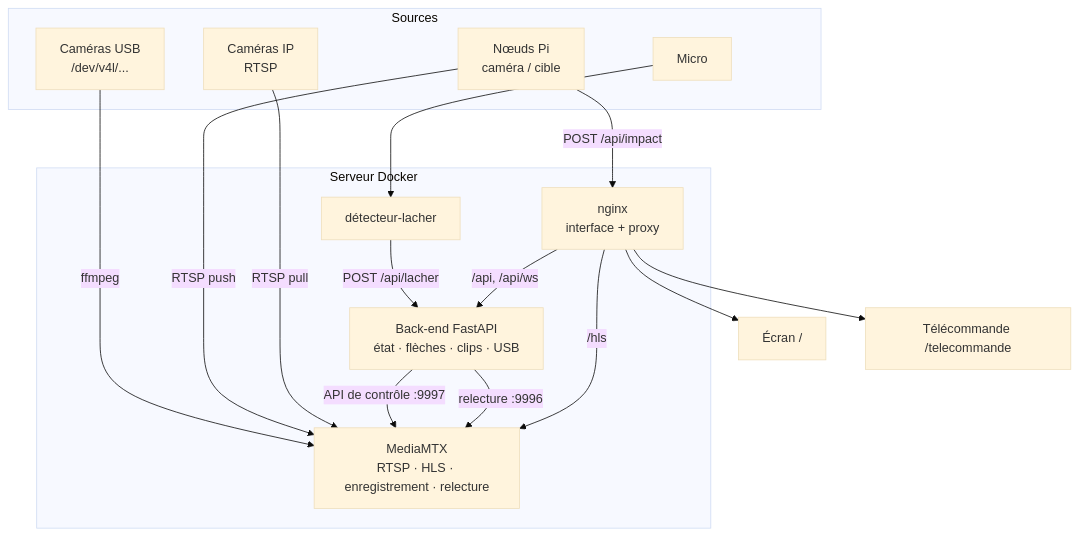
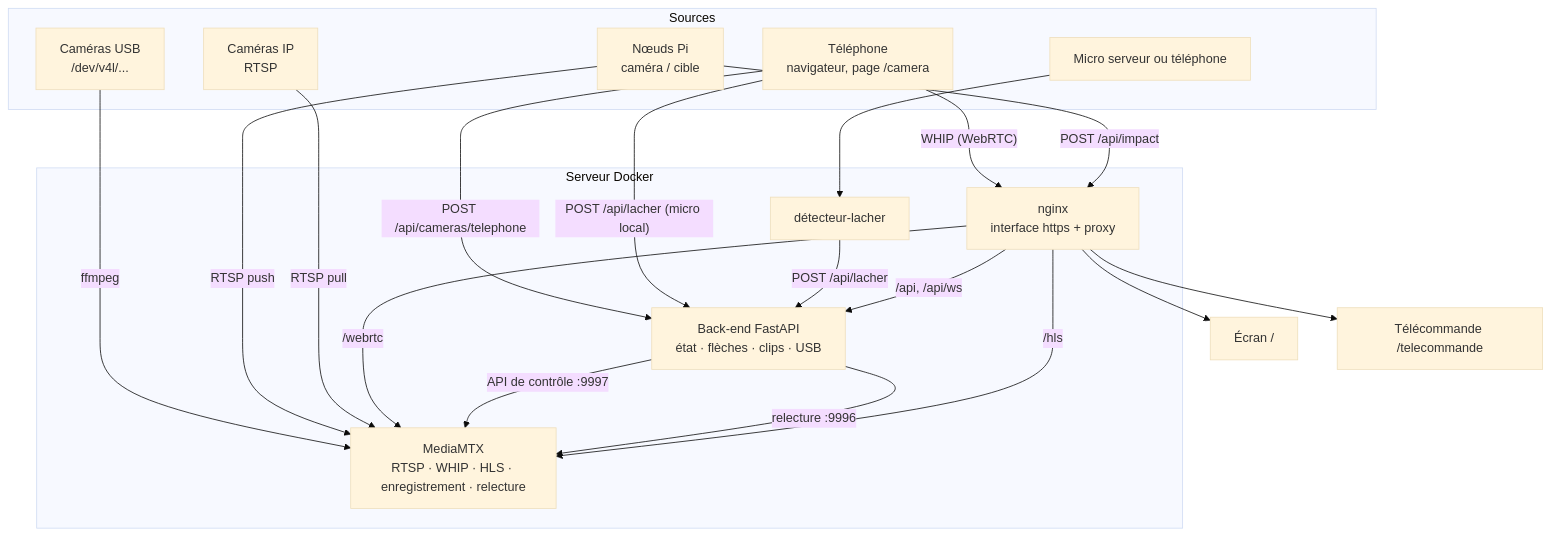
One commit to BathMann-Pilax/Arc-Replay changed the first of 2 diagrams in docs/architecture.md. Above: the diagram before and after it, drawn with Mermaid (base theme). The commit also changed other lines of this file and 2 other files, not shown here.

Commit message:
Documente l'ajout de caméra/micro depuis un téléphone (architecture, config, .env)

````diff
--- a/docs/architecture.md
+++ b/docs/architecture.md
@@ -5,28 +5,32 @@
 ```mermaid
 flowchart TB
   subgraph Sources
     USB[Caméras USB<br>/dev/v4l/...]
     NOEUD[Nœuds Pi<br>caméra / cible]
     IP[Caméras IP<br>RTSP]
-    MIC[Micro]
+    TEL[Téléphone<br>navigateur, page /camera]
+    MIC[Micro serveur ou téléphone]
   end
 
   subgraph Serveur Docker
-    MTX[MediaMTX<br>RTSP · HLS · enregistrement · relecture]
+    MTX[MediaMTX<br>RTSP · WHIP · HLS · enregistrement · relecture]
     API[Back-end FastAPI<br>état · flèches · clips · USB]
-    WEB[nginx<br>interface + proxy]
+    WEB[nginx<br>interface https + proxy]
     DET[détecteur-lacher]
   end
 
   USB -- ffmpeg --> MTX
   NOEUD -- RTSP push --> MTX
   IP -- RTSP pull --> MTX
+  TEL -- WHIP (WebRTC) --> WEB -- /webrtc --> MTX
+  TEL -- POST /api/cameras/telephone --> API
+  TEL -- POST /api/lacher (micro local) --> API
   MIC --> DET -- POST /api/lacher --> API
   API -- API de contrôle :9997 --> MTX
   API -- relecture :9996 --> MTX
   WEB -- /hls --> MTX
   WEB -- /api, /api/ws --> API
   NOEUD -- POST /api/impact --> WEB
   WEB --> ECRAN[Écran /]
-  WEB --> TELE[Télécommande /telecommande]
+  WEB --> TELE2[Télécommande /telecommande]
 ```
````
